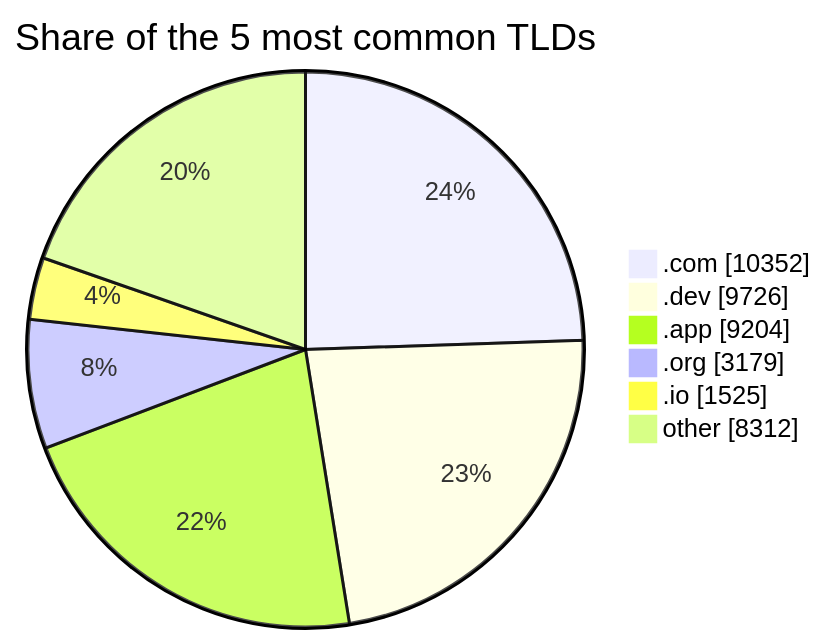
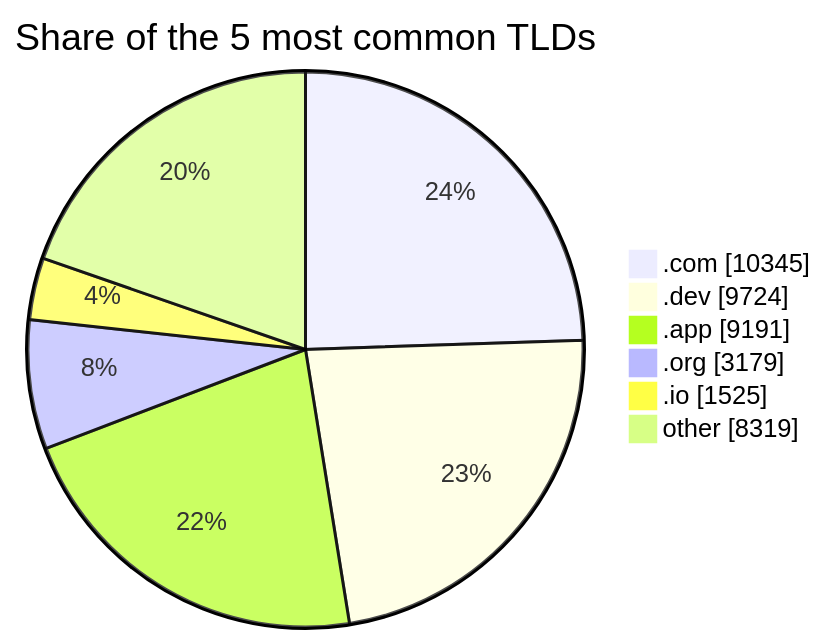
Before and after one commit to DNSBunker/CTI: the third of 3 diagrams in README.md, drawn with Mermaid. The commit also changed other lines of this file and 3 other files, not shown here.

````diff
--- a/README.md
+++ b/README.md
@@ -81,9 +81,9 @@
 ```mermaid
 pie showData title Share of the 5 most common TLDs
-    ".com" : 10352
-    ".dev" : 9726
-    ".app" : 9204
+    ".com" : 10345
+    ".dev" : 9724
+    ".app" : 9191
     ".org" : 3179
     ".io" : 1525
-    "other" : 8312
+    "other" : 8319
 ```
````
